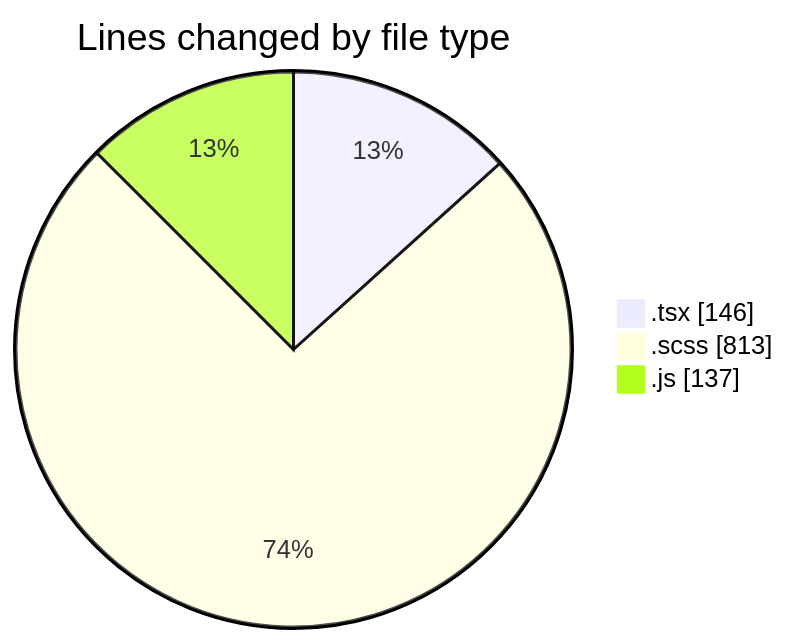
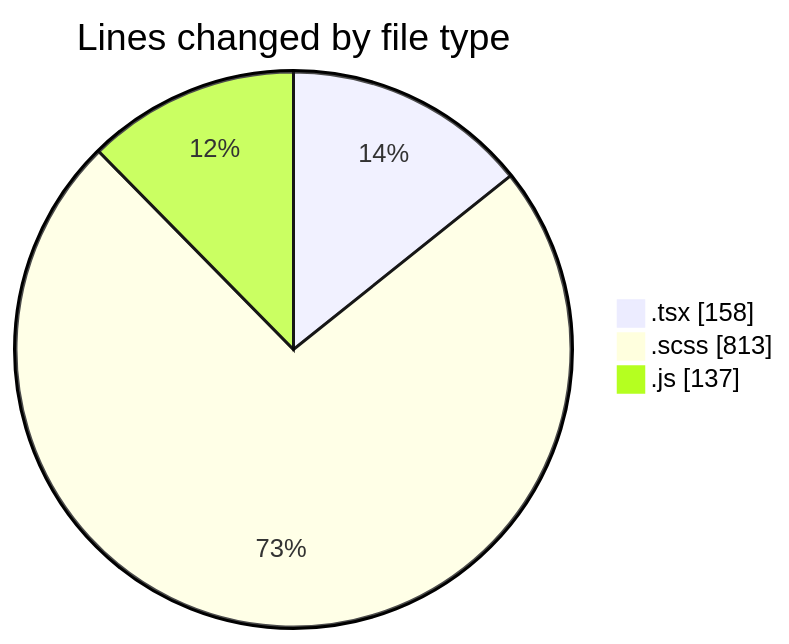
The first of 2 diagrams in 2026-03-25/cda/README.md (momahboobian/code-tracking), drawn with Mermaid before and after one commit. The commit also changed other lines of this file and 1 other file, not shown here.

````diff
--- a/2026-03-25/cda/README.md
+++ b/2026-03-25/cda/README.md
@@ -22,7 +22,7 @@
 ```mermaid
 pie showData
 title Lines changed by file type
-".tsx" : 146
+".tsx" : 158
 ".scss" : 813
 ".js" : 137
 ```
````
